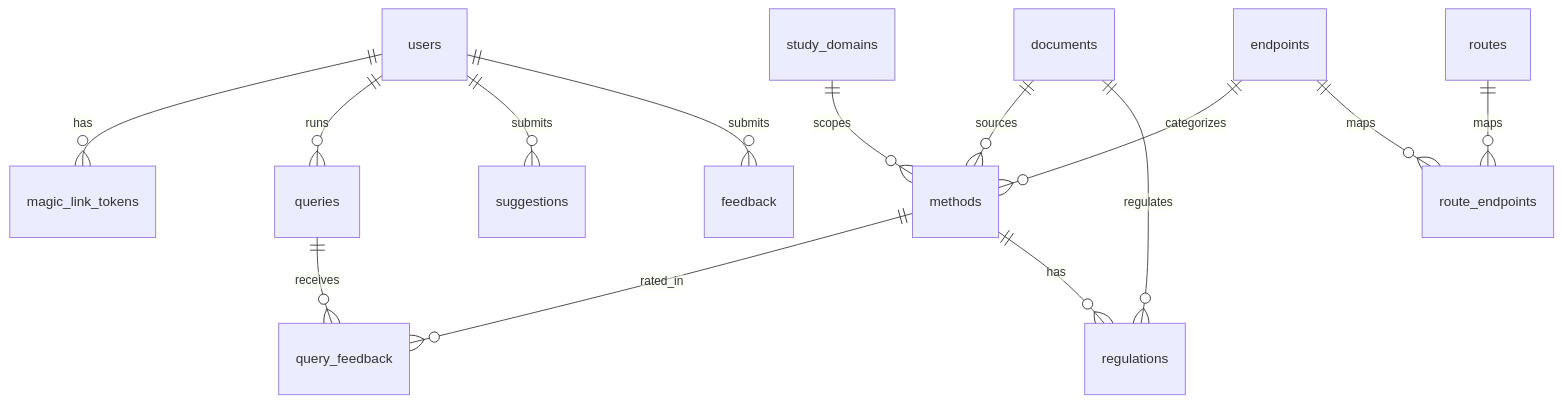
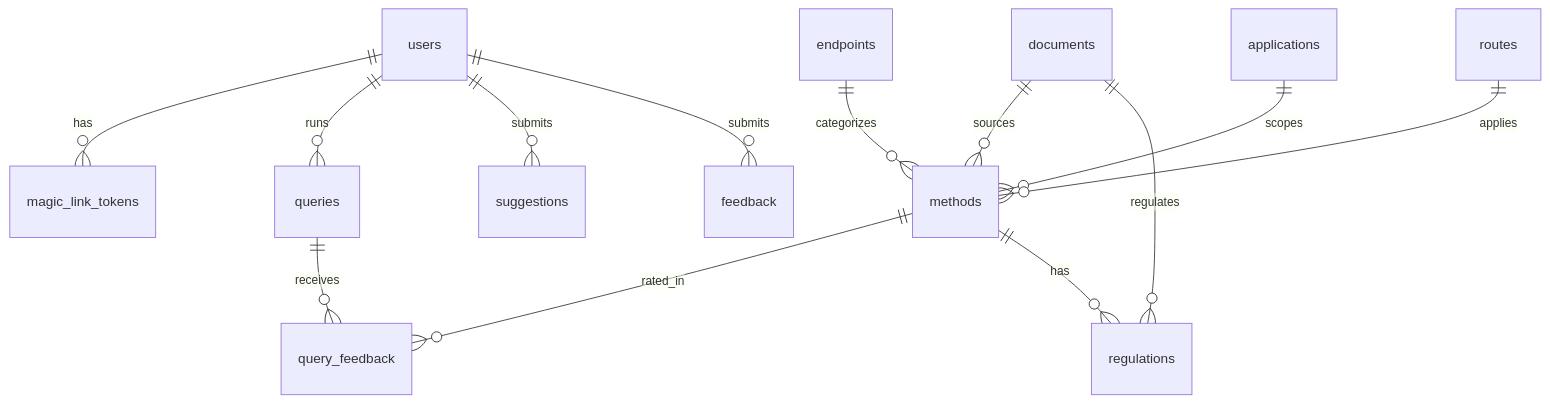
Before and after one commit to frcsantos/3R-assist: the diagram in docs/tables.md, drawn with Mermaid. The commit also changed other lines of this file and 60 other files, not shown here.

Commit message:
schema improvements, explore screen imporvements

````diff
--- a/docs/tables.md
+++ b/docs/tables.md
@@ -296,16 +288,15 @@
 ```mermaid
 erDiagram
     users ||--o{ magic_link_tokens : has
     users ||--o{ queries : runs
     users ||--o{ suggestions : submits
     users ||--o{ feedback : submits
     queries ||--o{ query_feedback : receives
     methods ||--o{ query_feedback : rated_in
     methods ||--o{ regulations : has
     documents ||--o{ methods : sources
     documents ||--o{ regulations : regulates
     endpoints ||--o{ methods : categorizes
-    study_domains ||--o{ methods : scopes
-    routes ||--o{ route_endpoints : maps
-    endpoints ||--o{ route_endpoints : maps
+    applications ||--o{ methods : scopes
+    routes ||--o{ methods : applies
 ```
````
